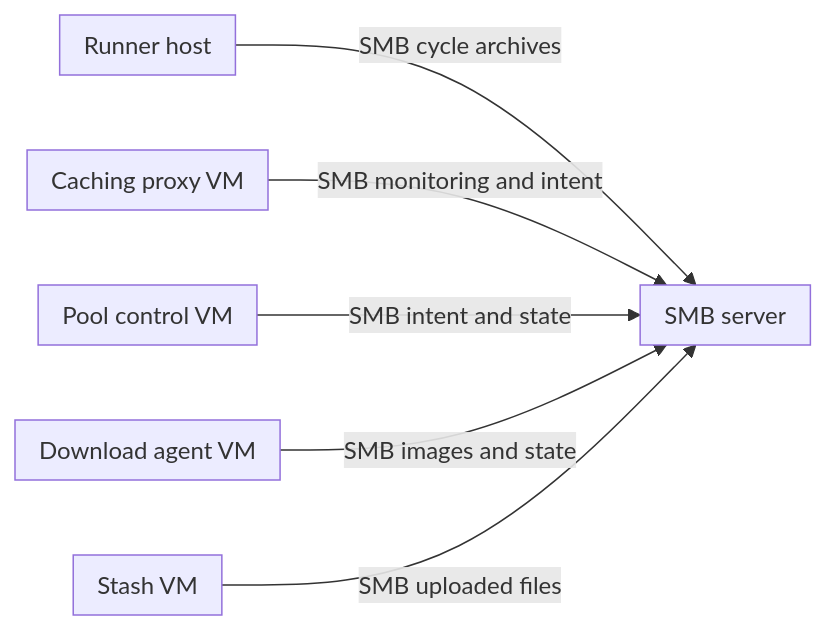
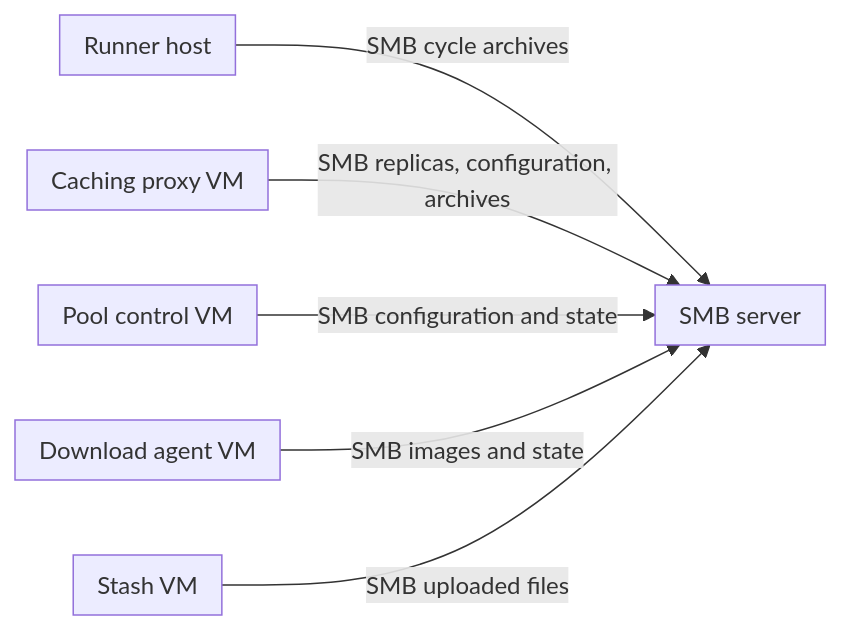
One commit to alissonsol/yuruna changed the fourth of 9 diagrams in docs/design/06-deployment.md. Above: the diagram before and after it, drawn with Mermaid. The commit also changed other lines of this file and 1409 other files, not shown here.

````diff
--- a/docs/design/06-deployment.md
+++ b/docs/design/06-deployment.md
@@ -162,20 +195,20 @@
 ```mermaid
 flowchart LR
     subgraph host["Runner host"]
     end
     subgraph caching-proxy-service["Caching proxy VM"]
     end
     subgraph pool-control-service["Pool control VM"]
     end
     subgraph download-agent-service["Download agent VM"]
     end
     subgraph stash-service["Stash VM"]
     end
     subgraph network-storage["SMB server"]
     end
     host -->|SMB cycle archives| network-storage
-    caching-proxy-service -->|SMB monitoring and intent| network-storage
-    pool-control-service -->|SMB intent and state| network-storage
+    caching-proxy-service -->|SMB replicas, configuration, archives| network-storage
+    pool-control-service -->|SMB configuration and state| network-storage
     download-agent-service -->|SMB images and state| network-storage
     stash-service -->|SMB uploaded files| network-storage
 ```
````
